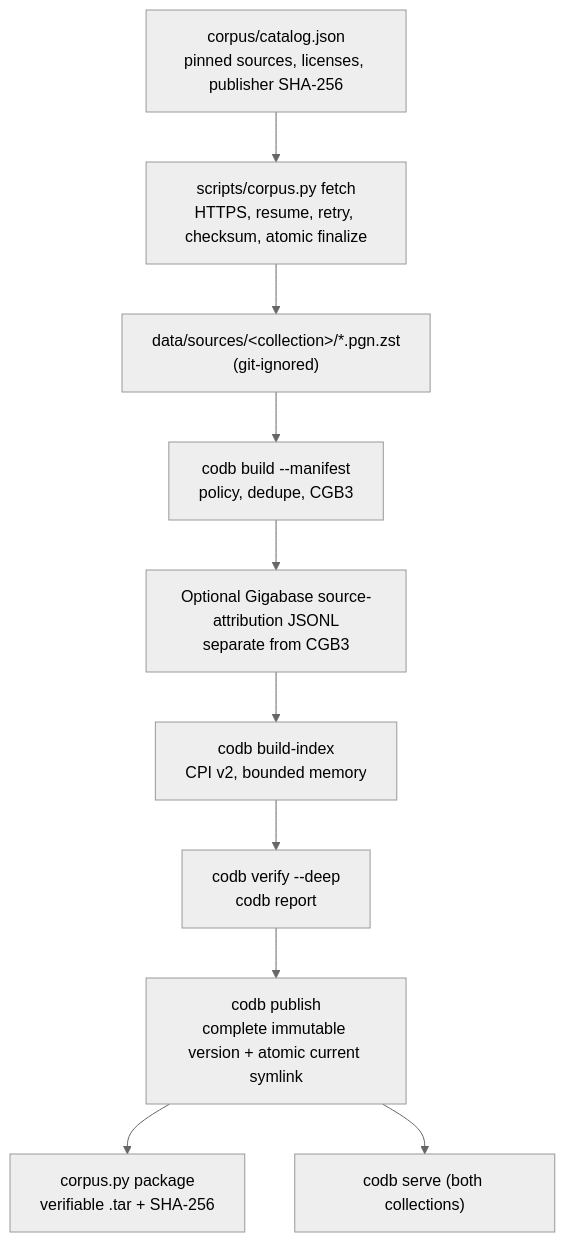
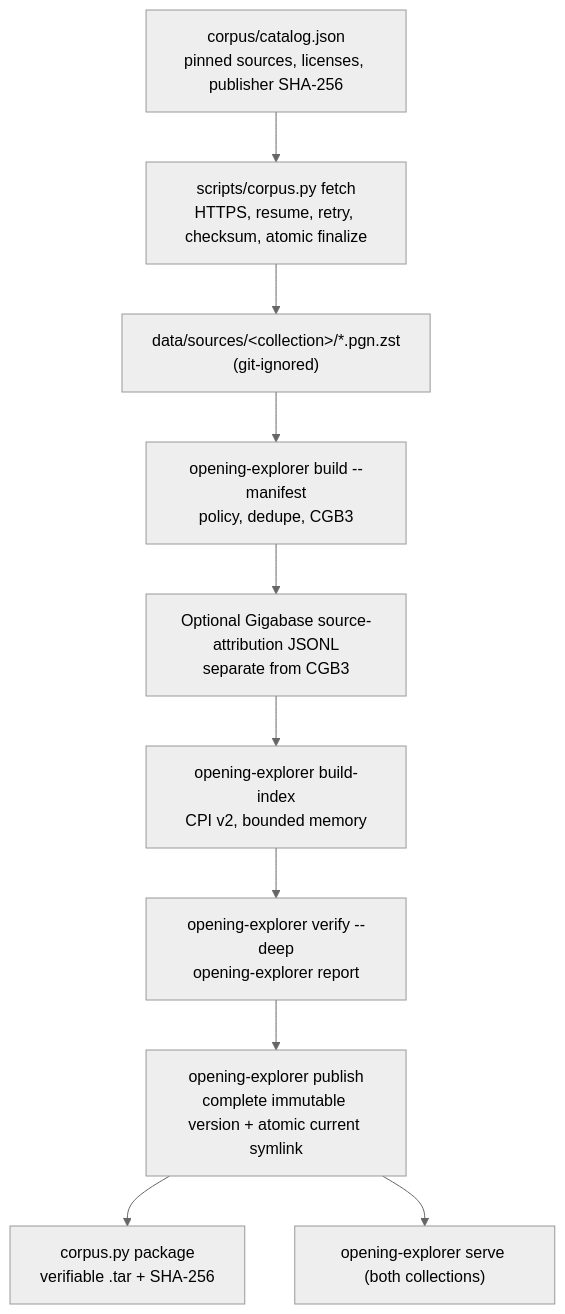
The third of 4 diagrams in docs/ARCHITECTURE.md (Nerver-zip/chess-database-api), drawn with Mermaid (neutral theme) before and after one commit. The commit also changed other lines of this file and 149 other files, not shown here.

First line of the commit message:
feat: consolidate as opening-explorer-api with public dataset releases (#8)

````diff
--- a/docs/ARCHITECTURE.md
+++ b/docs/ARCHITECTURE.md
@@ -222,12 +222,12 @@
 ```mermaid
 flowchart TD
     CAT["corpus/catalog.json<br/>pinned sources, licenses, publisher SHA-256"] --> FETCH["scripts/corpus.py fetch<br/>HTTPS, resume, retry, checksum, atomic finalize"]
     FETCH --> SRC["data/sources/&lt;collection&gt;/*.pgn.zst<br/>(git-ignored)"]
-    SRC --> BUILD["codb build --manifest<br/>policy, dedupe, CGB3"]
+    SRC --> BUILD["opening-explorer build --manifest<br/>policy, dedupe, CGB3"]
     BUILD --> ATTR["Optional Gigabase source-attribution JSONL<br/>separate from CGB3"]
-    ATTR --> INDEX["codb build-index<br/>CPI v2, bounded memory"]
-    INDEX --> VERIFY["codb verify --deep<br/>codb report"]
-    VERIFY --> PUBLISH["codb publish<br/>complete immutable version + atomic current symlink"]
+    ATTR --> INDEX["opening-explorer build-index<br/>CPI v2, bounded memory"]
+    INDEX --> VERIFY["opening-explorer verify --deep<br/>opening-explorer report"]
+    VERIFY --> PUBLISH["opening-explorer publish<br/>complete immutable version + atomic current symlink"]
     PUBLISH --> PKG["corpus.py package<br/>verifiable .tar + SHA-256"]
-    PUBLISH --> SERVE["codb serve (both collections)"]
+    PUBLISH --> SERVE["opening-explorer serve (both collections)"]
 ```
````
